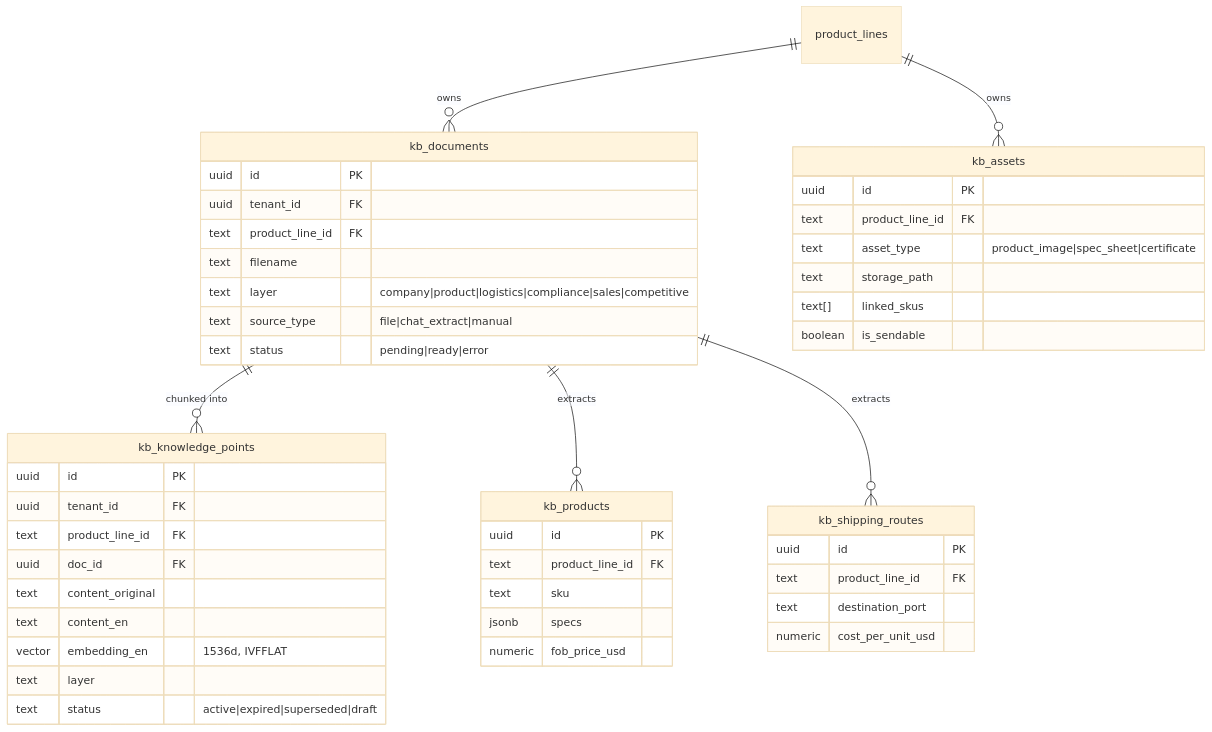
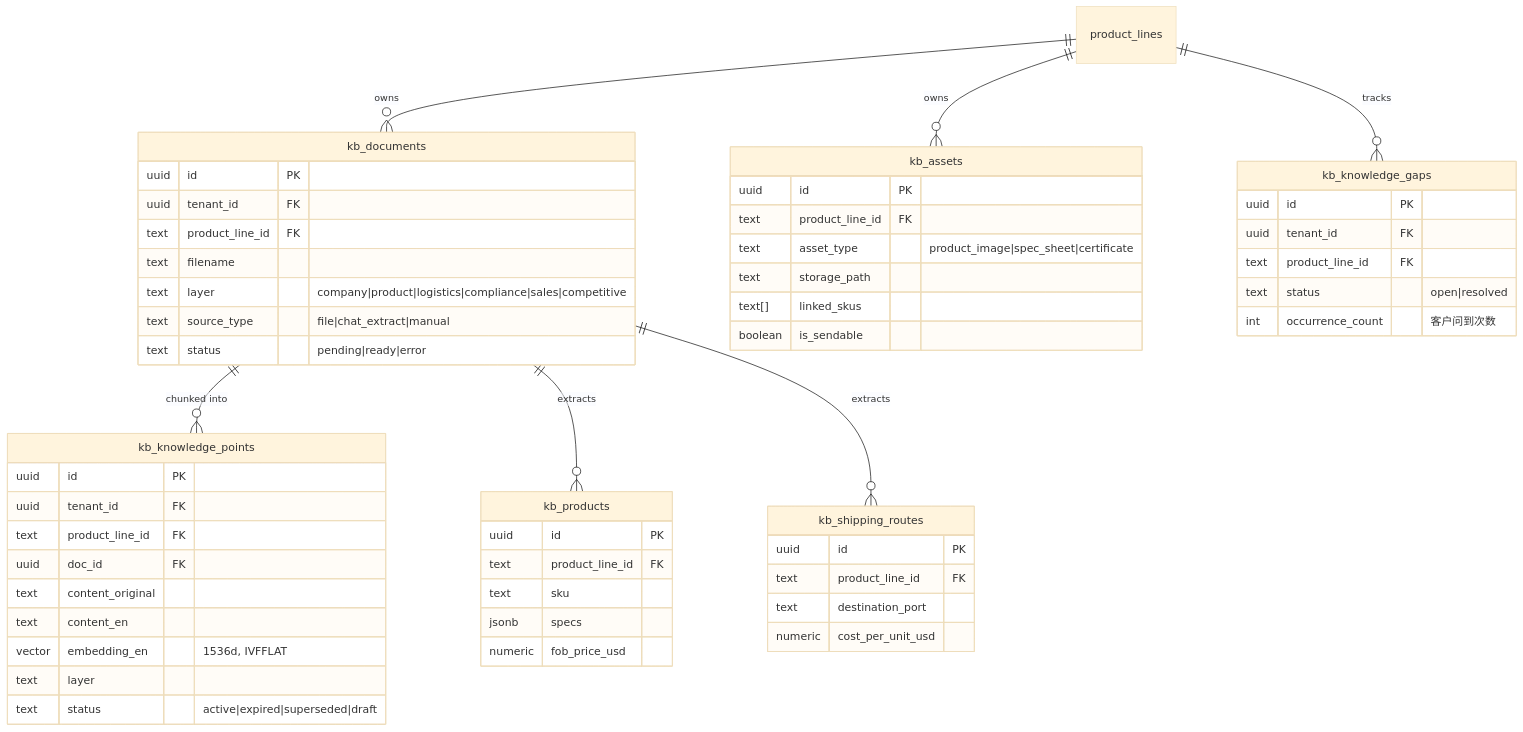
The fourth of 8 diagrams in README.md (Sciiaok/xuqiu-bot), drawn with Mermaid (base theme) before and after one commit. The commit also changed other lines of this file, not shown here.

````diff
--- a/README.md
+++ b/README.md
@@ -311,50 +370,58 @@
 ```mermaid
 erDiagram
   product_lines ||--o{ kb_documents : "owns"
   kb_documents ||--o{ kb_knowledge_points : "chunked into"
   kb_documents ||--o{ kb_products : "extracts"
   kb_documents ||--o{ kb_shipping_routes : "extracts"
   product_lines ||--o{ kb_assets : "owns"
+  product_lines ||--o{ kb_knowledge_gaps : "tracks"
 
   kb_documents {
     uuid id PK
     uuid tenant_id FK
     text product_line_id FK
     text filename
     text layer "company|product|logistics|compliance|sales|competitive"
     text source_type "file|chat_extract|manual"
     text status "pending|ready|error"
   }
   kb_knowledge_points {
     uuid id PK
     uuid tenant_id FK
     text product_line_id FK
     uuid doc_id FK
     text content_original
     text content_en
     vector embedding_en "1536d, IVFFLAT"
     text layer
     text status "active|expired|superseded|draft"
   }
   kb_products {
     uuid id PK
     text product_line_id FK
     text sku
     jsonb specs
     numeric fob_price_usd
   }
   kb_assets {
     uuid id PK
     text product_line_id FK
     text asset_type "product_image|spec_sheet|certificate"
     text storage_path
     text[] linked_skus
     boolean is_sendable
   }
   kb_shipping_routes {
     uuid id PK
     text product_line_id FK
     text destination_port
     numeric cost_per_unit_usd
   }
+  kb_knowledge_gaps {
+    uuid id PK
+    uuid tenant_id FK
+    text product_line_id FK
+    text status "open|resolved"
+    int occurrence_count "客户问到次数"
+  }
 ```
````
